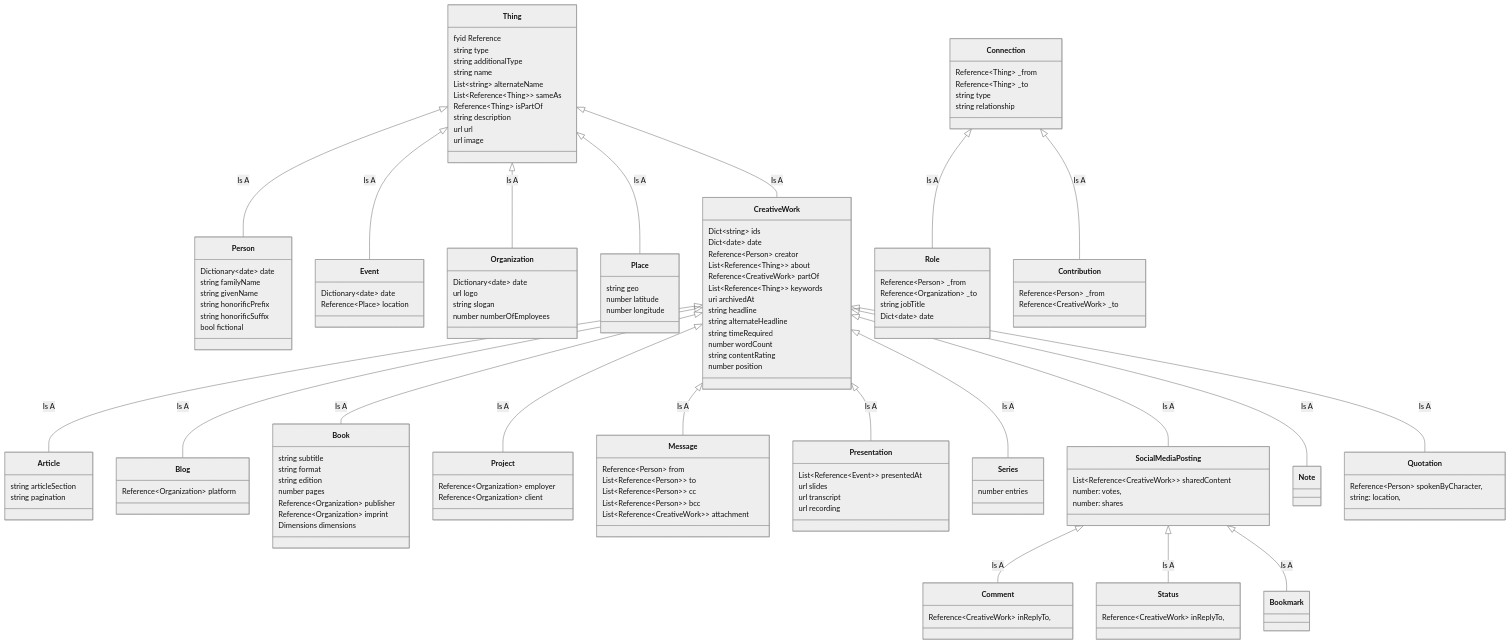
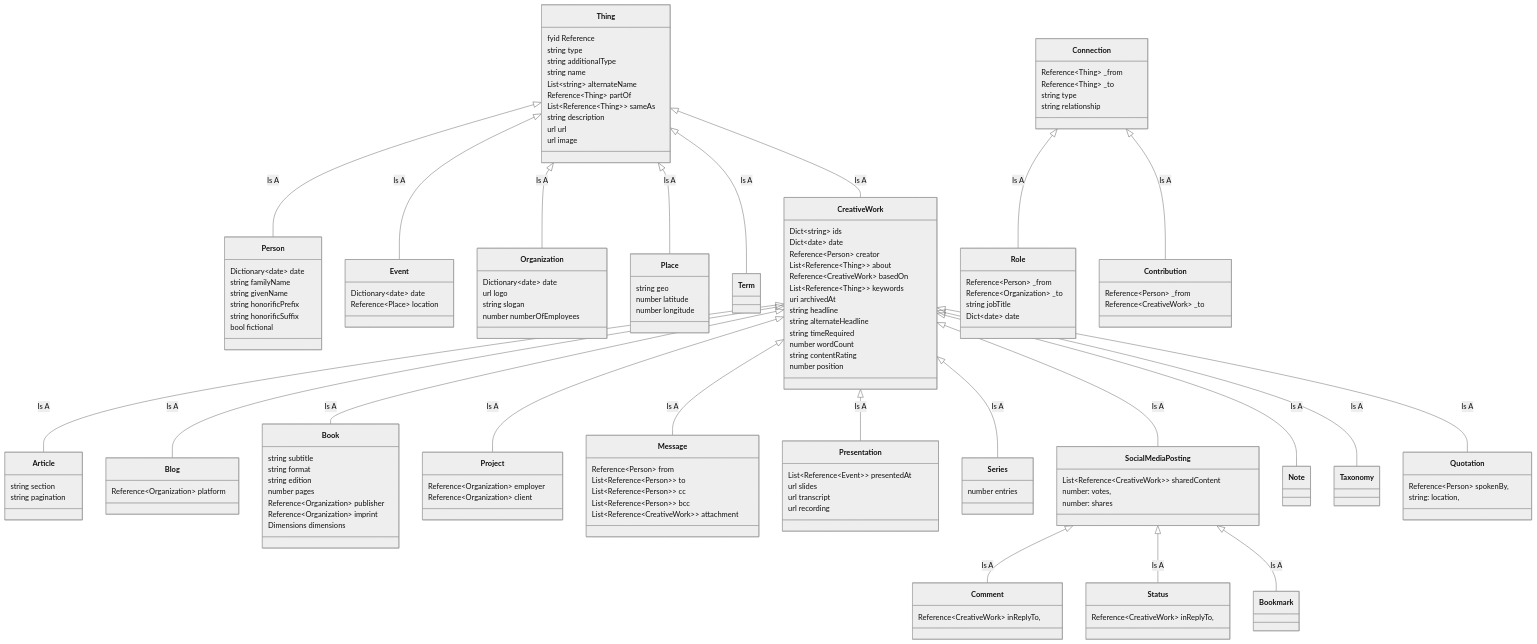
Before and after one commit to eaton/schema: the diagram in README.md, drawn with Mermaid (neutral theme). The commit also changed 13 other files, not shown here.

```diff
--- a/README.md
+++ b/README.md
@@ -28,8 +28,8 @@
         string additionalType
         string name
         List~string~ alternateName
+        Reference~Thing~ partOf
         List~Reference~Thing~~ sameAs
-        Reference~Thing~ isPartOf
         string description
         url url
         url image
@@ -66,12 +66,15 @@
     }
     Thing <|-- Place : Is A
 
+    class Term { }
+    Thing <|-- Term : Is A
+
     class CreativeWork {
         Dict~string~ ids
         Dict~date~ date
         Reference~Person~ creator
         List~Reference~Thing~~ about
-        Reference~CreativeWork~ partOf
+        Reference~CreativeWork~ basedOn
         List~Reference~Thing~~ keywords
         uri archivedAt
         string headline
@@ -84,7 +87,7 @@
     Thing <|-- CreativeWork : Is A
 
     class Article {
-        string articleSection
+        string section
         string pagination
     }
     CreativeWork <|-- Article : Is A
@@ -156,8 +159,11 @@
     class Bookmark { }
     SocialMediaPosting <|-- Bookmark : Is A
 
+    class Taxonomy { }
+    CreativeWork <|-- Taxonomy : Is A
+
     class Quotation {
-        Reference~Person~ spokenByCharacter,
+        Reference~Person~ spokenBy,
         string: location,
     }
     CreativeWork <|-- Quotation : Is A
```
